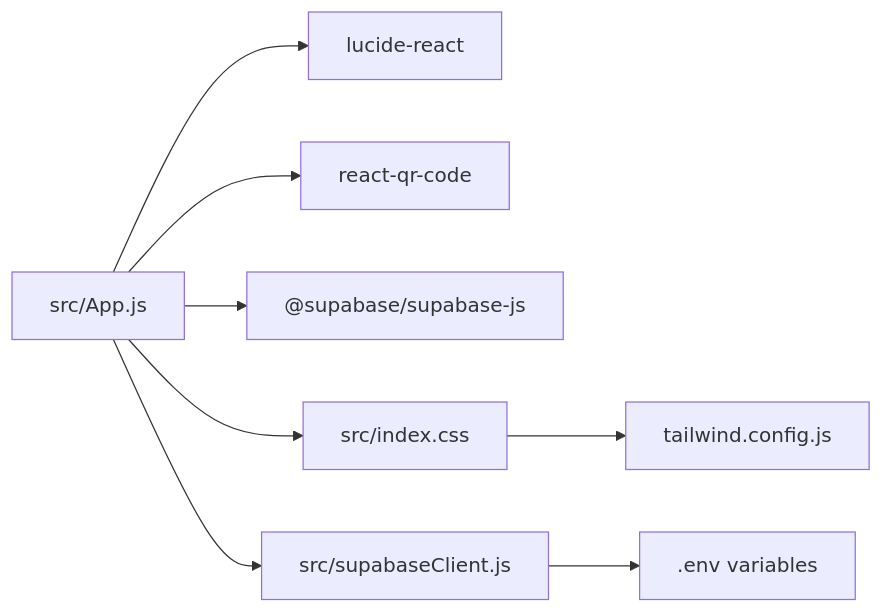
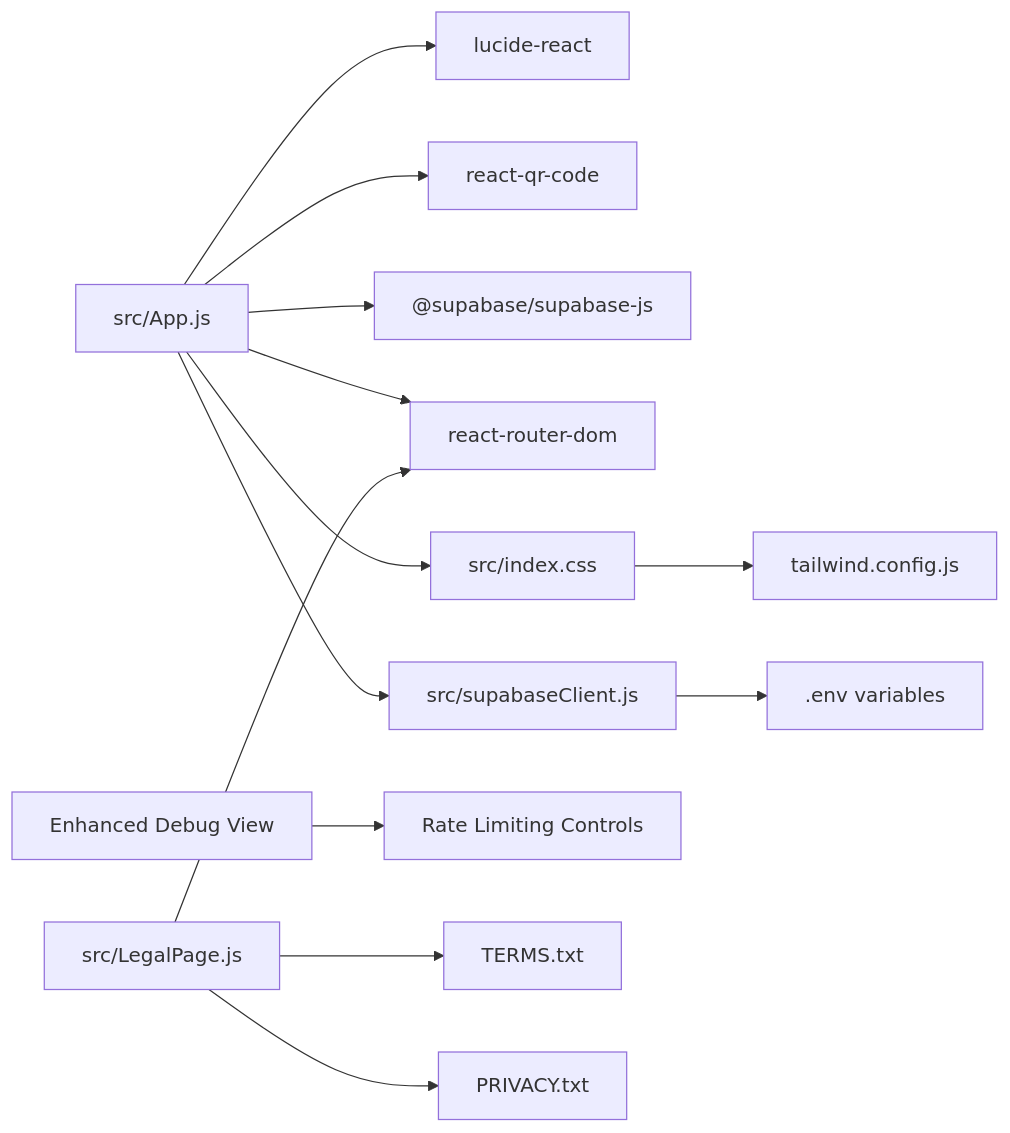
Before and after one commit to TheBooleanJulian/followtrain-v2: the fourth of 4 diagrams in .qoder/repowiki/en/content/User Interface & Components.md, drawn with Mermaid. The commit also changed other lines of this file and 202 other files, not shown here.

````diff
--- a/.qoder/repowiki/en/content/User Interface & Components.md
+++ b/.qoder/repowiki/en/content/User Interface & Components.md
@@ -385,10 +763,15 @@
 ```mermaid
 graph LR
 App["src/App.js"] --> Icons["lucide-react"]
 App --> QR["react-qr-code"]
 App --> Supabase["@supabase/supabase-js"]
+App --> Router["react-router-dom"]
 App --> Styles["src/index.css"]
 Styles --> Tailwind["tailwind.config.js"]
 App --> SupabaseClient["src/supabaseClient.js"]
+DebugView["Enhanced Debug View"] --> RateLimit["Rate Limiting Controls"]
+LegalPage["src/LegalPage.js"] --> Router
+LegalPage --> Terms["TERMS.txt"]
+LegalPage --> Privacy["PRIVACY.txt"]
 SupabaseClient --> Env[".env variables"]
 ```
````
